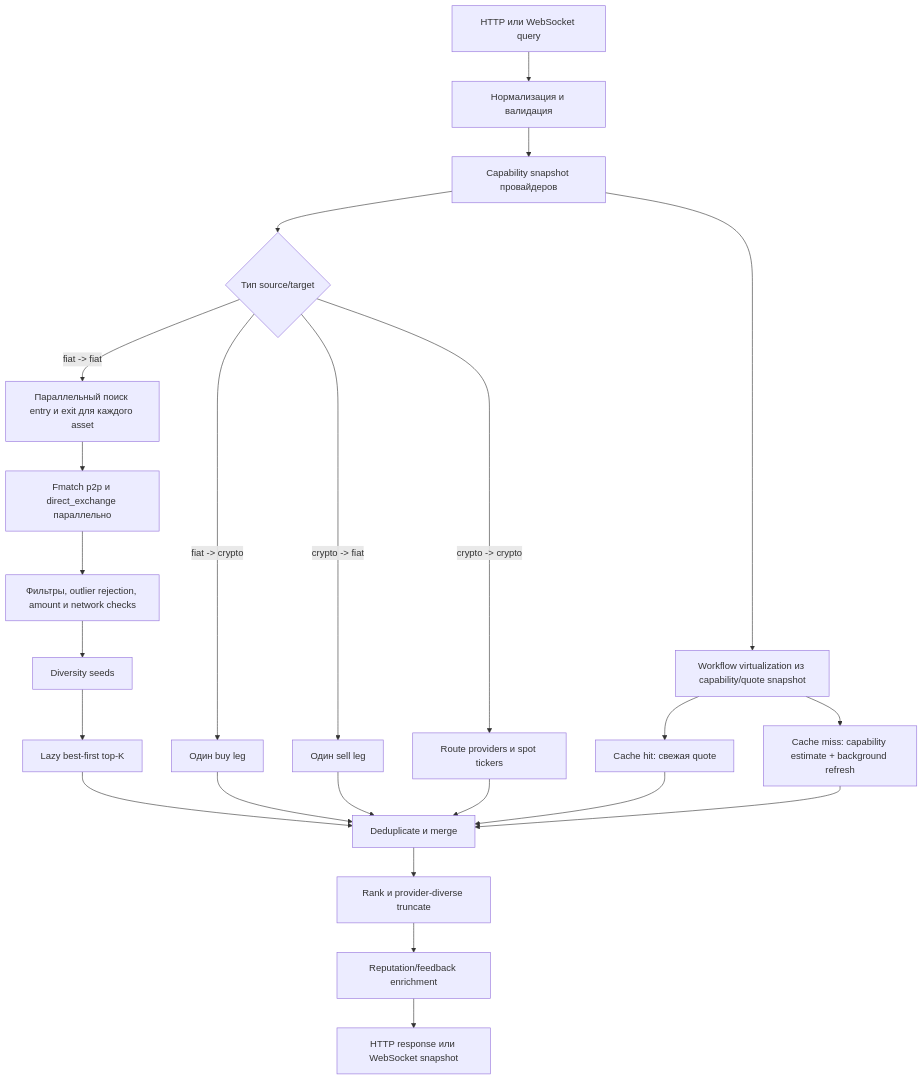
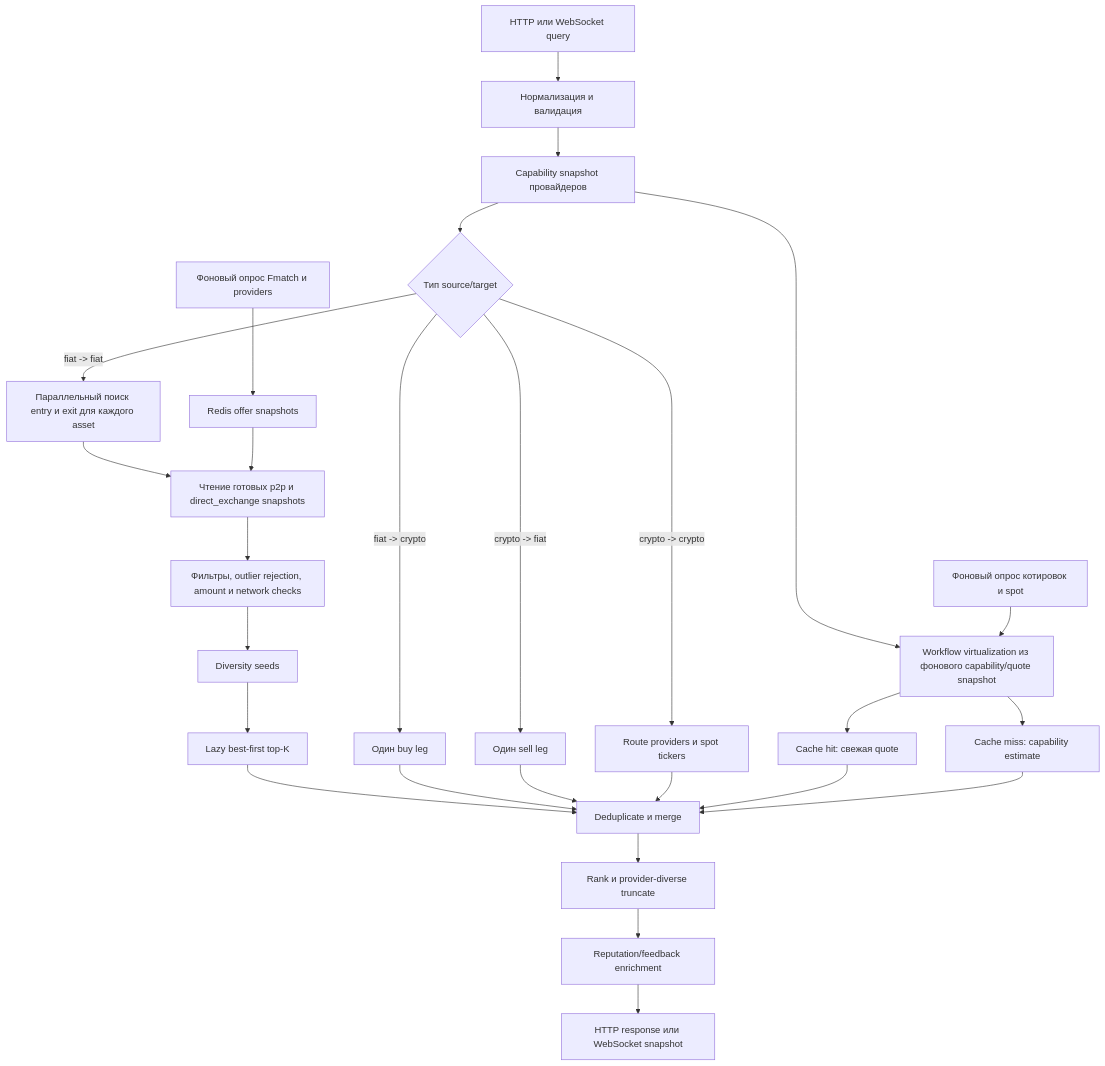
One commit to Flow3Pay/pay3flow changed the diagram in docs/route-virtualization-pipeline.md. Above: the diagram before and after it, drawn with Mermaid. The commit also changed other lines of this file and 15 other files, not shown here.

````diff
--- a/docs/route-virtualization-pipeline.md
+++ b/docs/route-virtualization-pipeline.md
@@ -224,31 +224,35 @@
 ```mermaid
 flowchart TD
     A[HTTP или WebSocket query] --> B[Нормализация и валидация]
     B --> C[Capability snapshot провайдеров]
     C --> D{Тип source/target}
 
     D -->|fiat -> fiat| E[Параллельный поиск entry и exit для каждого asset]
     D -->|fiat -> crypto| F[Один buy leg]
     D -->|crypto -> fiat| G[Один sell leg]
     D -->|crypto -> crypto| H[Route providers и spot tickers]
 
-    E --> I[Fmatch p2p и direct_exchange параллельно]
+    E --> I[Чтение готовых p2p и direct_exchange snapshots]
     I --> J[Фильтры, outlier rejection, amount и network checks]
     J --> K[Diversity seeds]
     K --> L[Lazy best-first top-K]
 
-    C --> M[Workflow virtualization из capability/quote snapshot]
+    C --> M[Workflow virtualization из фонового capability/quote snapshot]
     M --> N[Cache hit: свежая quote]
-    M --> O[Cache miss: capability estimate + background refresh]
+    M --> O[Cache miss: capability estimate]
 
     L --> P[Deduplicate и merge]
     F --> P
     G --> P
     H --> P
     N --> P
     O --> P
 
     P --> Q[Rank и provider-diverse truncate]
     Q --> R[Reputation/feedback enrichment]
     R --> S[HTTP response или WebSocket snapshot]
+
+    T[Фоновый опрос Fmatch и providers] --> U[Redis offer snapshots]
+    U --> I
+    V[Фоновый опрос котировок и spot] --> M
 ```
````
